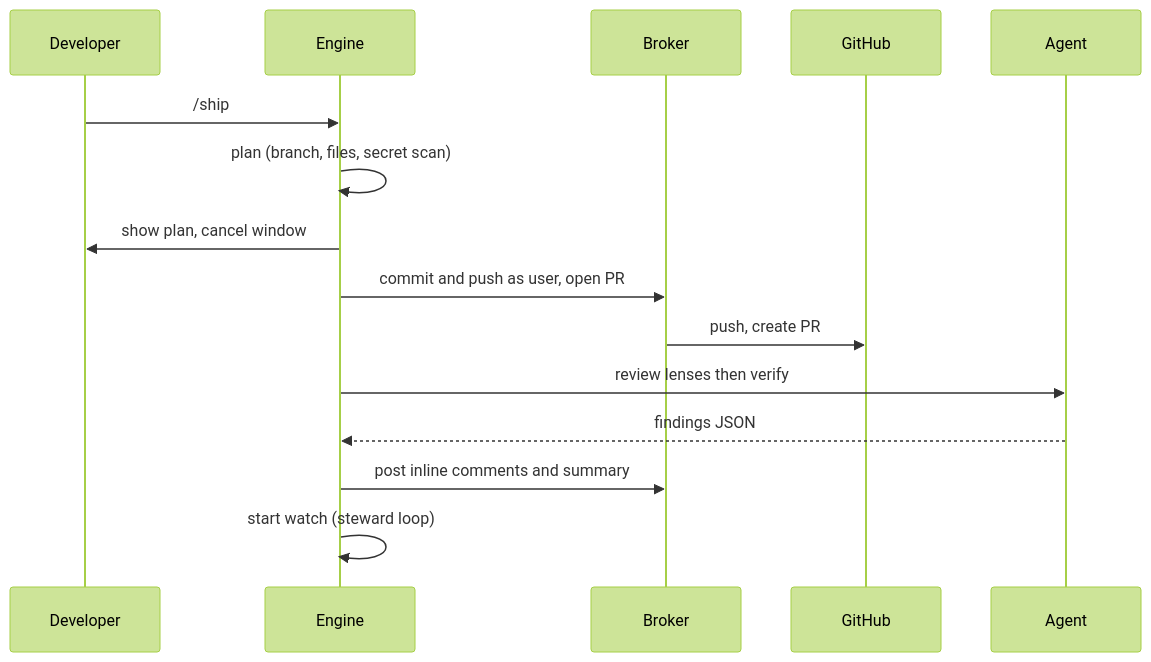
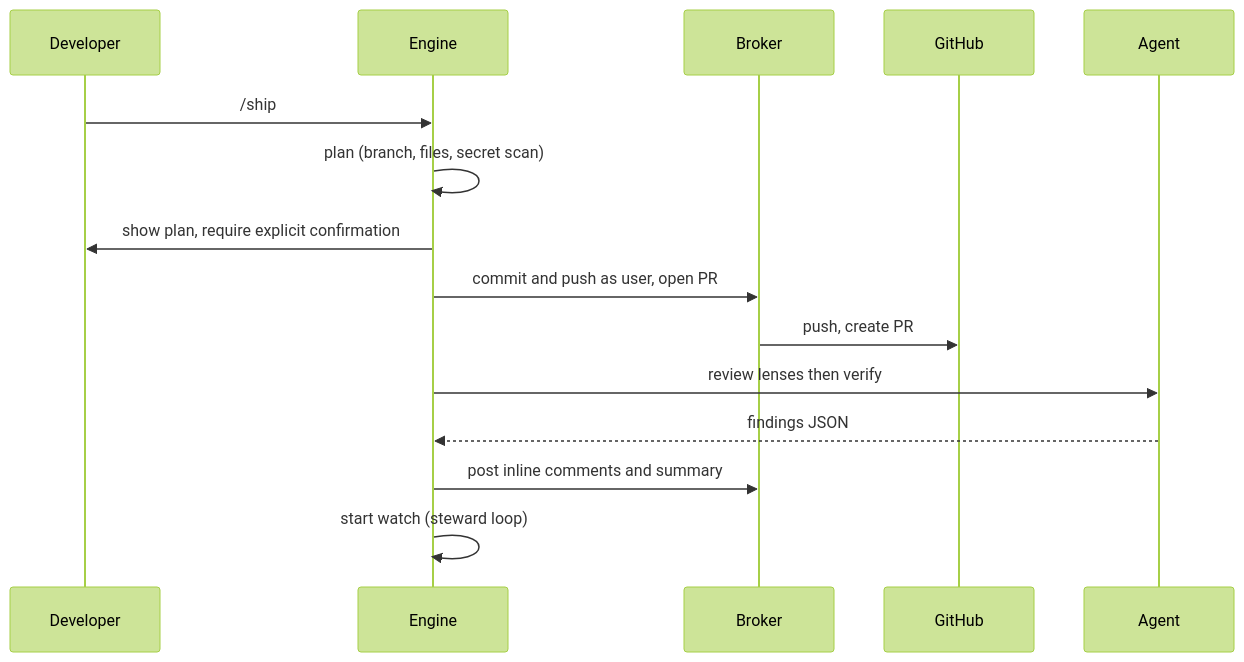
Before and after one commit to Sahil-SS9/code-shipper: the third of 3 diagrams in docs/architecture.md, drawn with Mermaid (forest theme). The commit also changed other lines of this file and 8 other files, not shown here.

````diff
--- a/docs/architecture.md
+++ b/docs/architecture.md
@@ -77,17 +91,17 @@
 ```mermaid
 sequenceDiagram
   participant U as Developer
   participant E as Engine
   participant B as Broker
   participant G as GitHub
   participant A as Agent
   U->>E: /ship
   E->>E: plan (branch, files, secret scan)
-  E->>U: show plan, cancel window
+  E->>U: show plan, require explicit confirmation
   E->>B: commit and push as user, open PR
   B->>G: push, create PR
   E->>A: review lenses then verify
   A-->>E: findings JSON
   E->>B: post inline comments and summary
   E->>E: start watch (steward loop)
 ```
````
